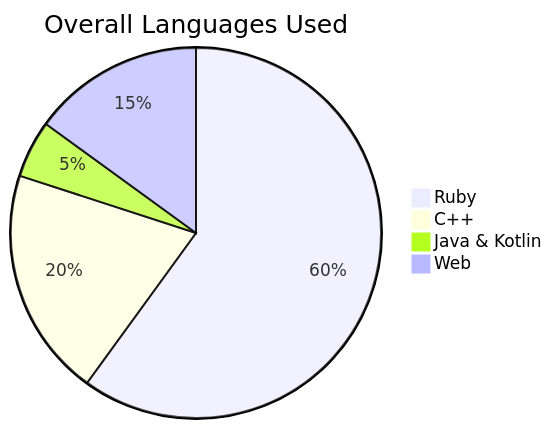
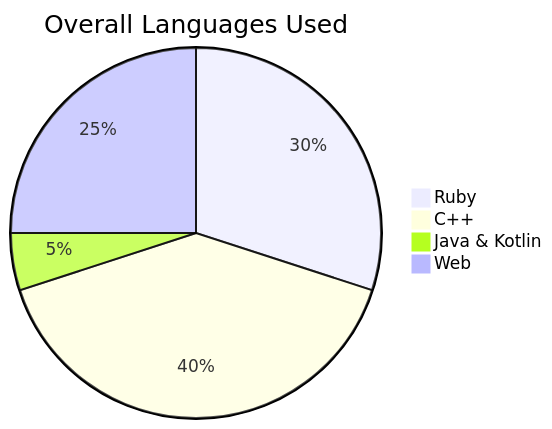
One commit to Ash-the-practical-programmer/Ash-the-practical-programmer changed the diagram in README.md. Above: the diagram before and after it, drawn with Mermaid.

````diff
--- a/README.md
+++ b/README.md
@@ -34,7 +34,7 @@
 ```mermaid
 pie title Overall Languages Used
-    "Ruby" : 60.00
-    "C++" : 20.00
+    "Ruby" : 30.00
+    "C++" : 40.00
     "Java & Kotlin" : 5.00
-    "Web" :  15.00
+    "Web" :  25.00
 ```
````
